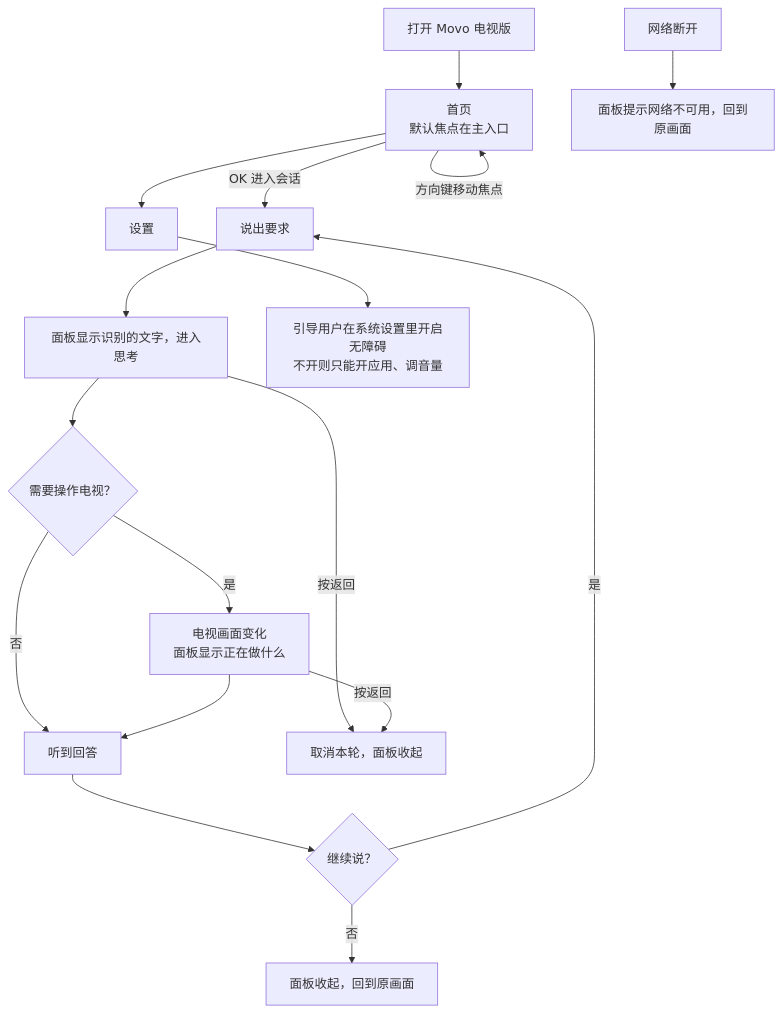
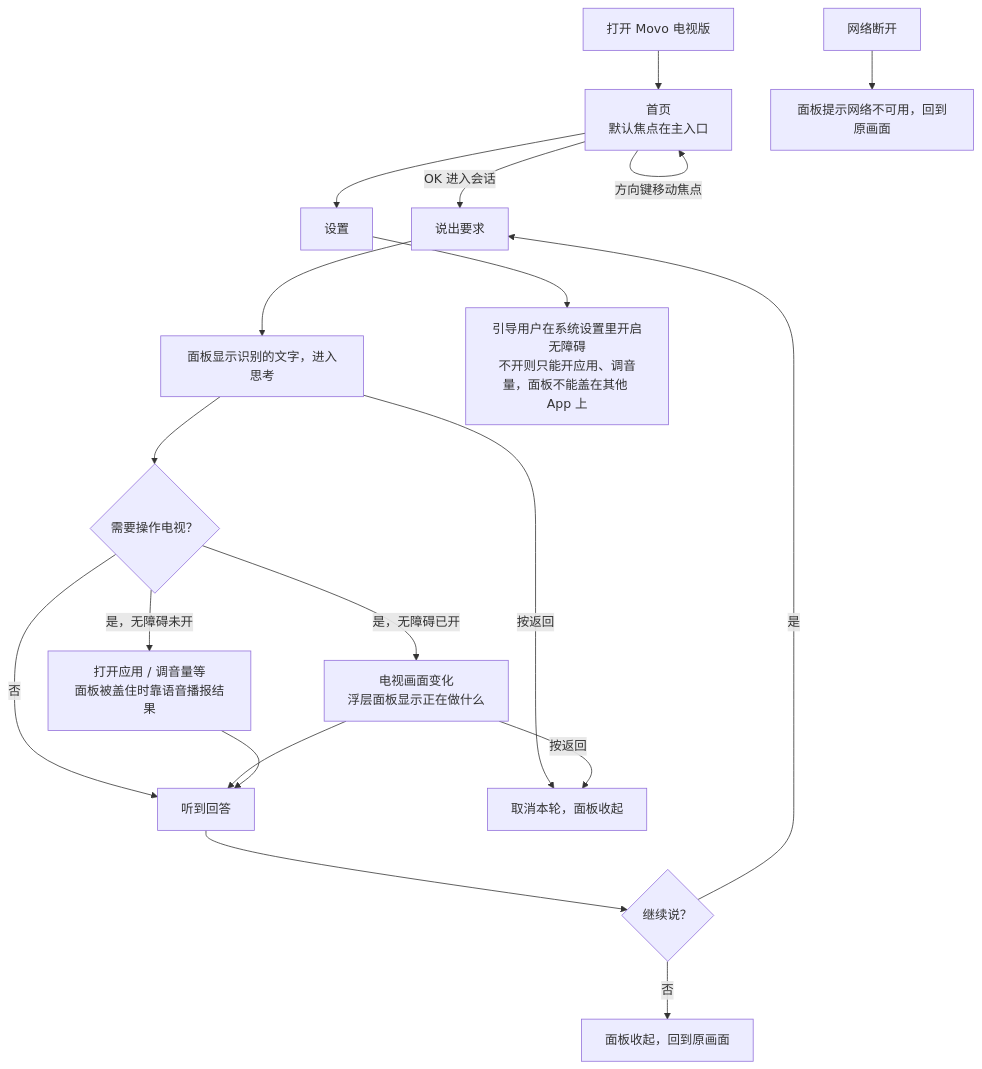
The second of 2 diagrams in docs/solutions/tv-voice-app/电视端语音App实施方案.md (Fartown/Movo), drawn with Mermaid before and after one commit. The commit also changed other lines of this file and 278 other files, not shown here.

````diff
--- a/docs/solutions/tv-voice-app/电视端语音App实施方案.md
+++ b/docs/solutions/tv-voice-app/电视端语音App实施方案.md
@@ -192,20 +235,22 @@
 ```mermaid
 flowchart TD
     A[打开 Movo 电视版] --> H[首页<br/>默认焦点在主入口]
     H -->|方向键移动焦点| H
     H -->|OK 进入会话| S2[说出要求]
     S2 --> S3[面板显示识别的文字，进入思考]
     S3 --> S4{需要操作电视？}
-    S4 -->|是| S5[电视画面变化<br/>面板显示正在做什么]
+    S4 -->|是，无障碍已开| S5[电视画面变化<br/>浮层面板显示正在做什么]
+    S4 -->|是，无障碍未开| S5b[打开应用 / 调音量等<br/>面板被盖住时靠语音播报结果]
     S4 -->|否| S6[听到回答]
     S5 --> S6
+    S5b --> S6
     S6 --> S7{继续说？}
     S7 -->|是| S2
     S7 -->|否| E[面板收起，回到原画面]
     S3 -->|按返回| X[取消本轮，面板收起]
     S5 -->|按返回| X
 
     H --> SET[设置]
-    SET --> SET1[引导用户在系统设置里开启无障碍<br/>不开则只能开应用、调音量]
+    SET --> SET1[引导用户在系统设置里开启无障碍<br/>不开则只能开应用、调音量，面板不能盖在其他 App 上]
     N[网络断开] --> N1[面板提示网络不可用，回到原画面]
 ```
````
